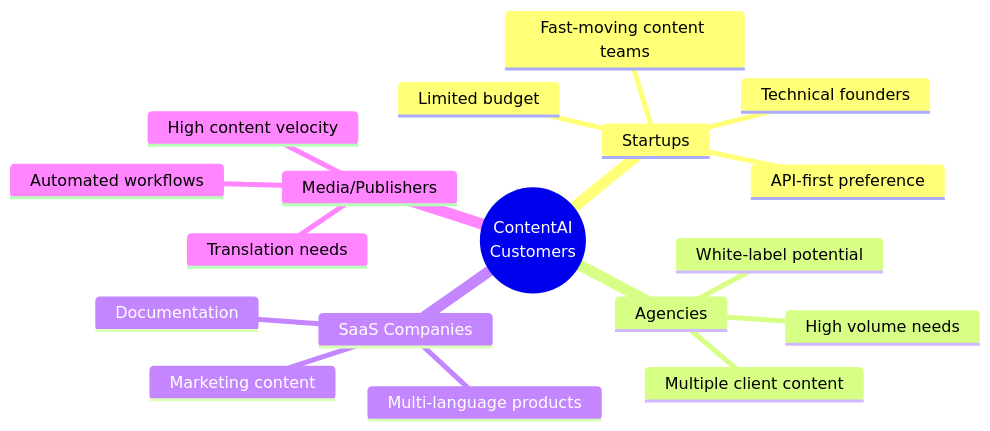
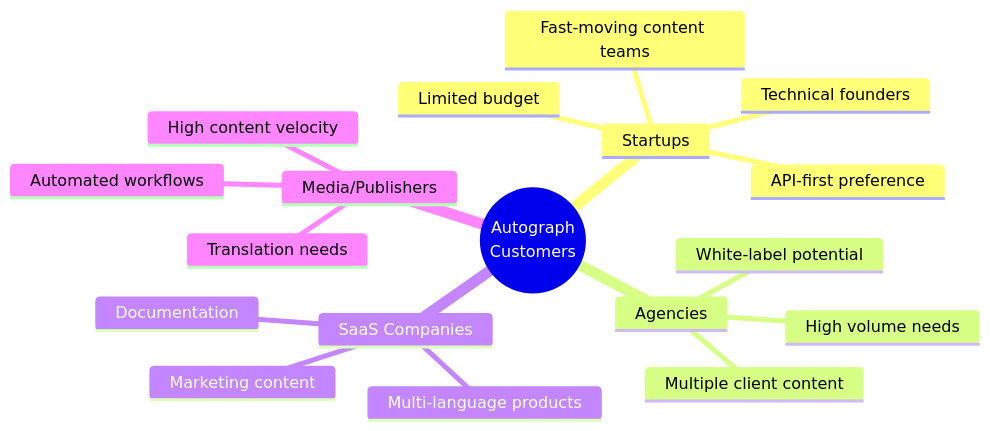
The fourth of 6 diagrams in DevOps/01-Product/02-Market-Context.md (PearlThoughtsInternship/Internship-Obsidian-Vault), drawn with Mermaid before and after one commit. The commit also changed other lines of this file and 8 other files, not shown here.

First line of the commit message:
rebrand: Complete ContentAI → Autograph rename across all docs

````diff
--- a/DevOps/01-Product/02-Market-Context.md
+++ b/DevOps/01-Product/02-Market-Context.md
@@ -165,21 +165,21 @@
 ```mermaid
 mindmap
-  root((ContentAI<br/>Customers))
+  root((Autograph<br/>Customers))
     Startups
       Fast-moving content teams
       Limited budget
       Technical founders
       API-first preference
     Agencies
       Multiple client content
       White-label potential
       High volume needs
     SaaS Companies
       Documentation
       Marketing content
       Multi-language products
     Media/Publishers
       High content velocity
       Translation needs
       Automated workflows
 ```
````
